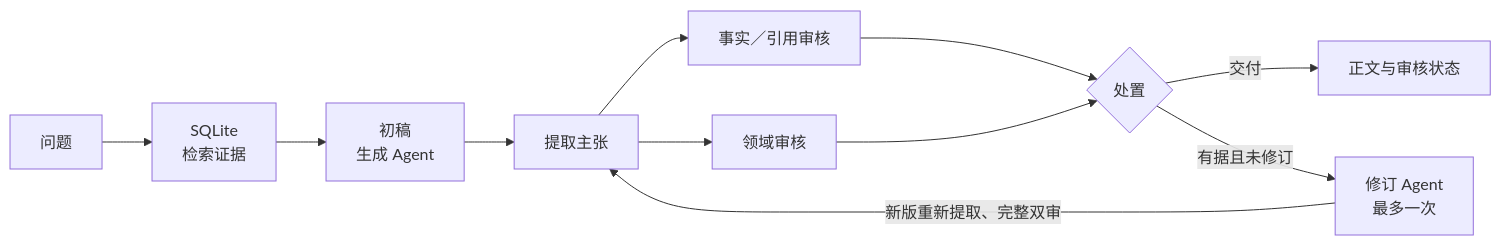
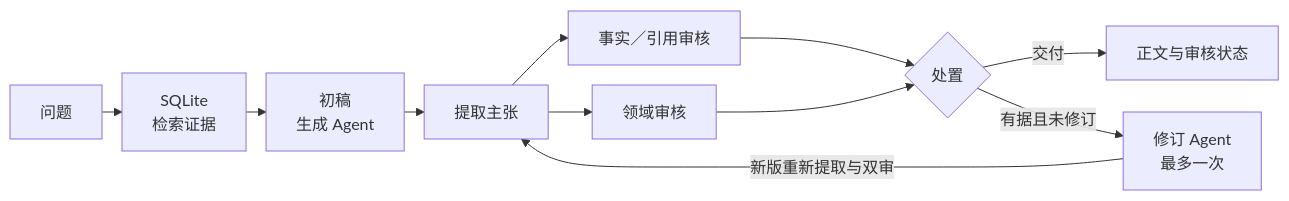
The diagram in README.md (7556481/PowerTrustAI), drawn with Mermaid before and after one commit.

Commit message:
docs: leave room for GitHub diagram controls

````diff
--- a/README.md
+++ b/README.md
@@ -7,11 +7,12 @@
 ```mermaid
+%%{init: {"flowchart": {"diagramPadding": 90, "rankSpacing": 20, "nodeSpacing": 20}}}%%
 flowchart LR
     Q[问题] --> E[SQLite<br/>检索证据] --> D[初稿<br/>生成 Agent] --> C[提取主张]
     C --> F[事实／引用审核]
     C --> R[领域审核]
     F --> J{处置}
     R --> J
     J -->|交付| O[正文与审核状态]
     J -->|有据且未修订| V[修订 Agent<br/>最多一次]
-    V -->|新版重新提取、完整双审| C
+    V -->|新版重新提取与双审| C
 ```
````
